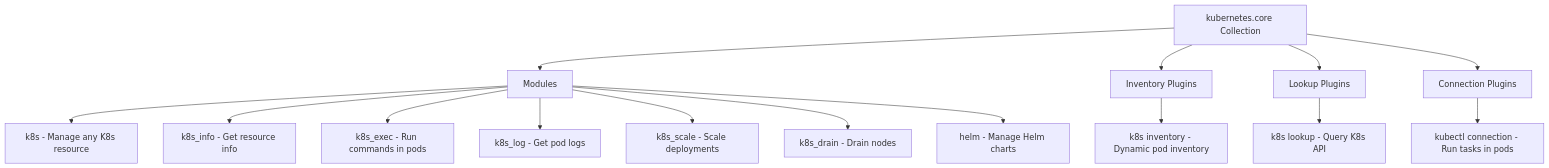
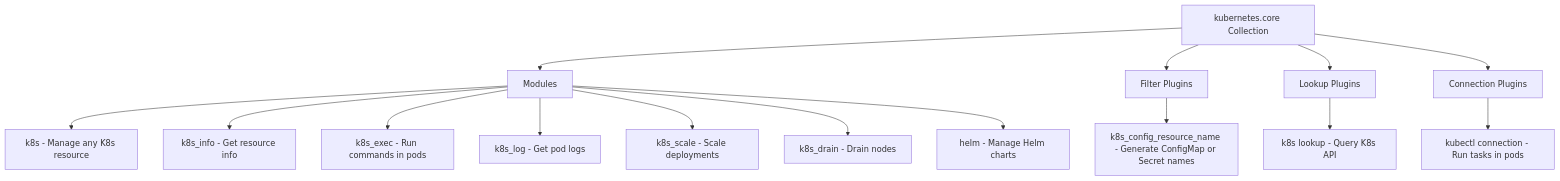
One commit to OneUptime/blog changed the diagram in posts/2026-02-21-ansible-kubernetes-core-collection/README.md. Above: the diagram before and after it, drawn with Mermaid. The commit also changed other lines of this file and 2 other files, not shown here.

````diff
--- a/posts/2026-02-21-ansible-kubernetes-core-collection/README.md
+++ b/posts/2026-02-21-ansible-kubernetes-core-collection/README.md
@@ -17,17 +17,17 @@
 ```mermaid
 flowchart TD
     A[kubernetes.core Collection] --> B[Modules]
-    A --> C[Inventory Plugins]
+    A --> C[Filter Plugins]
     A --> D[Lookup Plugins]
     A --> E[Connection Plugins]
     B --> B1[k8s - Manage any K8s resource]
     B --> B2[k8s_info - Get resource info]
     B --> B3[k8s_exec - Run commands in pods]
     B --> B4[k8s_log - Get pod logs]
     B --> B5[k8s_scale - Scale deployments]
     B --> B6[k8s_drain - Drain nodes]
     B --> B7[helm - Manage Helm charts]
-    C --> C1[k8s inventory - Dynamic pod inventory]
+    C --> C1[k8s_config_resource_name - Generate ConfigMap or Secret names]
     D --> D1[k8s lookup - Query K8s API]
     E --> E1[kubectl connection - Run tasks in pods]
 ```
````
